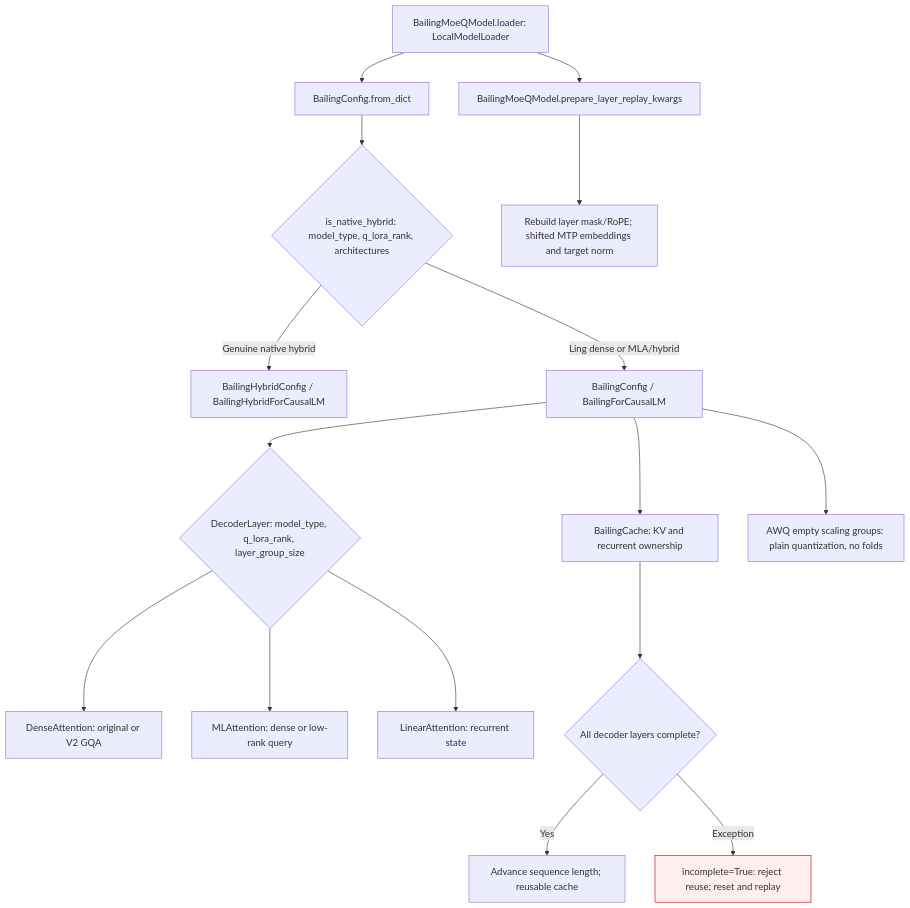
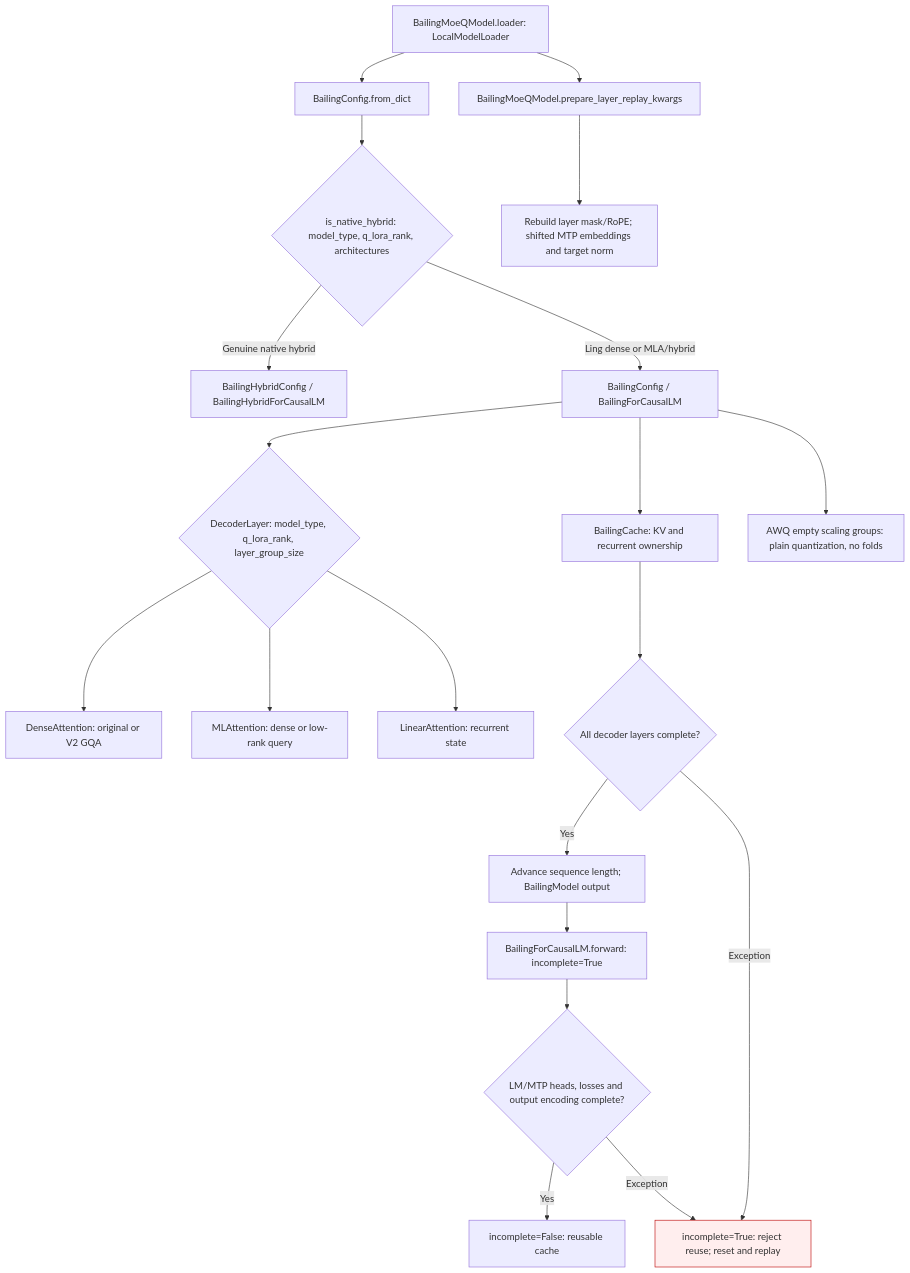
One commit to ModelCloud/GPTQModel changed the diagram in gptqmodel/models/ports/bailing_moe/README.md. Above: the diagram before and after it, drawn with Mermaid. The commit also changed other lines of this file and 2 other files, not shown here.

Commit message:
Invalidate Bailing cache through public output completion

````diff
--- a/gptqmodel/models/ports/bailing_moe/README.md
+++ b/gptqmodel/models/ports/bailing_moe/README.md
@@ -41,20 +41,24 @@
 ```mermaid
 flowchart TD
   A[BailingMoeQModel.loader: LocalModelLoader] --> B[BailingConfig.from_dict]
   B --> C{is_native_hybrid: model_type, q_lora_rank, architectures}
   C -->|Genuine native hybrid| D[BailingHybridConfig / BailingHybridForCausalLM]
   C -->|Ling dense or MLA/hybrid| E[BailingConfig / BailingForCausalLM]
   E --> F{DecoderLayer: model_type, q_lora_rank, layer_group_size}
   F --> G[DenseAttention: original or V2 GQA]
   F --> H[MLAttention: dense or low-rank query]
   F --> I[LinearAttention: recurrent state]
   E --> J[BailingCache: KV and recurrent ownership]
   J --> K{All decoder layers complete?}
-  K -->|Yes| L[Advance sequence length; reusable cache]
+  K -->|Yes| L[Advance sequence length; BailingModel output]
   K -->|Exception| M[incomplete=True: reject reuse; reset and replay]
+  L --> Q[BailingForCausalLM.forward: incomplete=True]
+  Q --> R{LM/MTP heads, losses and output encoding complete?}
+  R -->|Yes| S[incomplete=False: reusable cache]
+  R -->|Exception| M
   A --> N[BailingMoeQModel.prepare_layer_replay_kwargs]
   N --> O[Rebuild layer mask/RoPE; shifted MTP embeddings and target norm]
   E --> P[AWQ empty scaling groups: plain quantization, no folds]
   classDef failure fill:#fee,stroke:#b00
   class M failure
 ```
````
